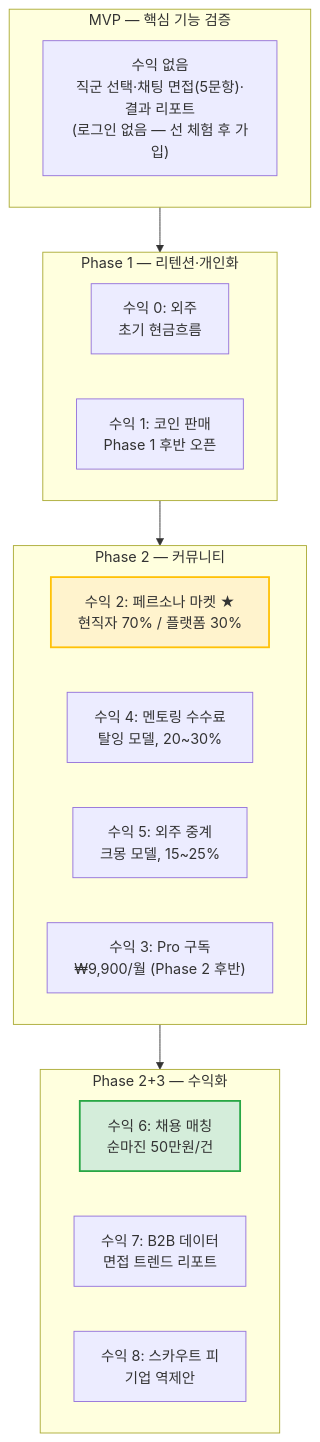
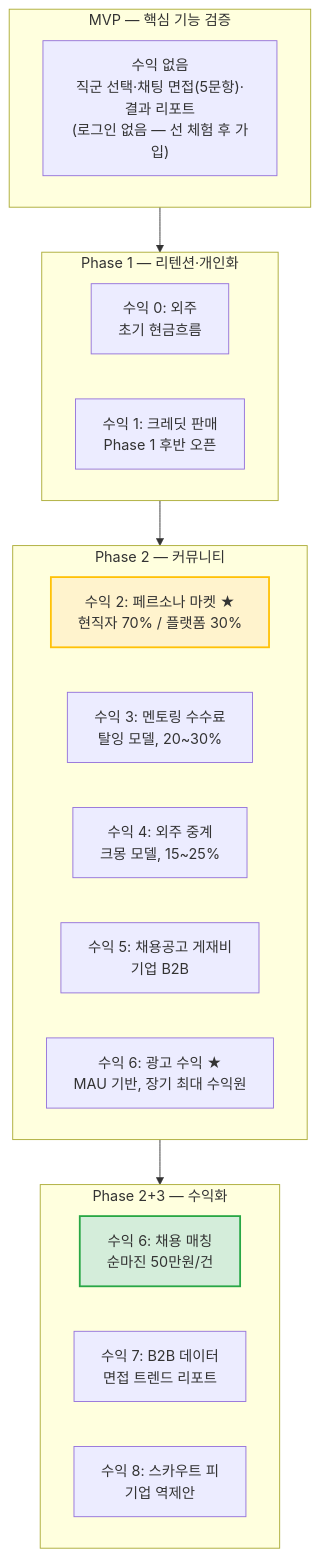
The fifth of 5 diagrams in docs/whitepaper/lww/proposal.md (2026-SKP-MIRAI/MIRAI), drawn with Mermaid before and after one commit. The commit also changed other lines of this file and 27 other files, not shown here.

````diff
--- a/docs/whitepaper/lww/proposal.md
+++ b/docs/whitepaper/lww/proposal.md
@@ -477,29 +521,30 @@
 ```mermaid
 flowchart TD
   subgraph MVP["MVP — 핵심 기능 검증"]
     M0["수익 없음\n직군 선택·채팅 면접(5문항)·결과 리포트\n(로그인 없음 — 선 체험 후 가입)"]
   end
 
   subgraph P1["Phase 1 — 리텐션·개인화"]
     R0["수익 0: 외주\n초기 현금흐름"]
-    R1["수익 1: 코인 판매\nPhase 1 후반 오픈"]
+    R1["수익 1: 크레딧 판매\nPhase 1 후반 오픈"]
   end
 
   subgraph P2["Phase 2 — 커뮤니티"]
     R2["수익 2: 페르소나 마켓 ★\n현직자 70% / 플랫폼 30%"]
-    R4["수익 4: 멘토링 수수료\n탈잉 모델, 20~30%"]
-    R5["수익 5: 외주 중계\n크몽 모델, 15~25%"]
-    R3["수익 3: Pro 구독\n₩9,900/월 (Phase 2 후반)"]
+    R3["수익 3: 멘토링 수수료\n탈잉 모델, 20~30%"]
+    R4["수익 4: 외주 중계\n크몽 모델, 15~25%"]
+    R5["수익 5: 채용공고 게재비\n기업 B2B"]
+    R6a["수익 6: 광고 수익 ★\nMAU 기반, 장기 최대 수익원"]
   end
 
   subgraph P3["Phase 2+3 — 수익화"]
     R6["수익 6: 채용 매칭\n순마진 50만원/건"]
     R7["수익 7: B2B 데이터\n면접 트렌드 리포트"]
     R8["수익 8: 스카우트 피\n기업 역제안"]
   end
 
   MVP --> P1 --> P2 --> P3
 
   style R2 fill:#fff3cd,stroke:#ffc107,stroke-width:2px
   style R6 fill:#d4edda,stroke:#28a745,stroke-width:2px
 ```
````
